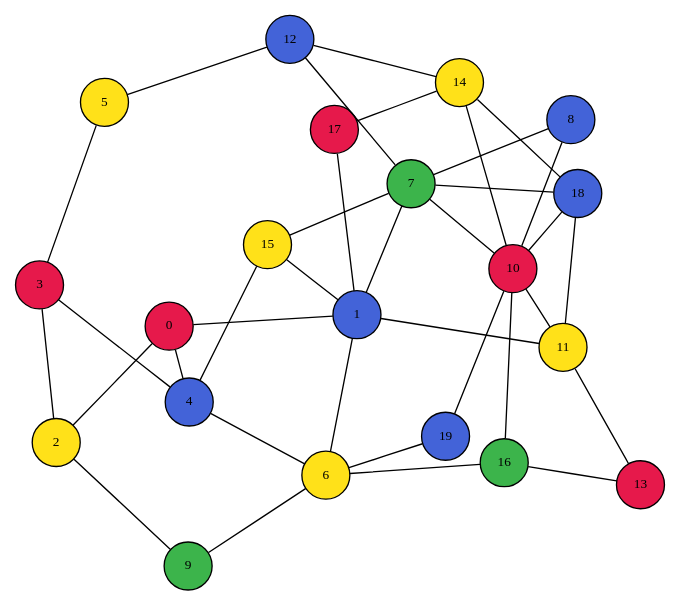
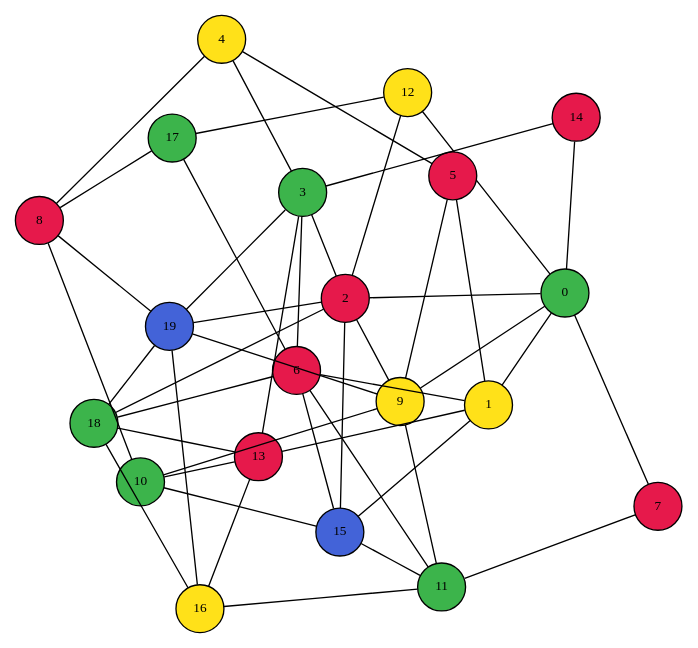
Before and after one commit to ZubMaksym/pa_lab_2: the diagram in graph.dot, drawn with Graphviz. The commit also changed 1 other file, not shown here.

```diff
--- a/graph.dot
+++ b/graph.dot
@@ -1,60 +1,70 @@
 graph G {
   layout=neato;
   overlap=false;
   node [shape=circle style=filled fontsize=10];
-  0 [label="0", fillcolor="#e6194b"];
-  1 [label="1", fillcolor="#4363d8"];
-  2 [label="2", fillcolor="#ffe119"];
-  3 [label="3", fillcolor="#e6194b"];
-  4 [label="4", fillcolor="#4363d8"];
-  5 [label="5", fillcolor="#ffe119"];
-  6 [label="6", fillcolor="#ffe119"];
-  7 [label="7", fillcolor="#3cb44b"];
-  8 [label="8", fillcolor="#4363d8"];
-  9 [label="9", fillcolor="#3cb44b"];
-  10 [label="10", fillcolor="#e6194b"];
-  11 [label="11", fillcolor="#ffe119"];
-  12 [label="12", fillcolor="#4363d8"];
+  0 [label="0", fillcolor="#3cb44b"];
+  1 [label="1", fillcolor="#ffe119"];
+  2 [label="2", fillcolor="#e6194b"];
+  3 [label="3", fillcolor="#3cb44b"];
+  4 [label="4", fillcolor="#ffe119"];
+  5 [label="5", fillcolor="#e6194b"];
+  6 [label="6", fillcolor="#e6194b"];
+  7 [label="7", fillcolor="#e6194b"];
+  8 [label="8", fillcolor="#e6194b"];
+  9 [label="9", fillcolor="#ffe119"];
+  10 [label="10", fillcolor="#3cb44b"];
+  11 [label="11", fillcolor="#3cb44b"];
+  12 [label="12", fillcolor="#ffe119"];
   13 [label="13", fillcolor="#e6194b"];
-  14 [label="14", fillcolor="#ffe119"];
-  15 [label="15", fillcolor="#ffe119"];
-  16 [label="16", fillcolor="#3cb44b"];
-  17 [label="17", fillcolor="#e6194b"];
-  18 [label="18", fillcolor="#4363d8"];
+  14 [label="14", fillcolor="#e6194b"];
+  15 [label="15", fillcolor="#4363d8"];
+  16 [label="16", fillcolor="#ffe119"];
+  17 [label="17", fillcolor="#3cb44b"];
+  18 [label="18", fillcolor="#3cb44b"];
   19 [label="19", fillcolor="#4363d8"];
   0 -- 1;
   0 -- 2;
-  0 -- 4;
+  0 -- 7;
+  0 -- 12;
+  0 -- 14;
+  0 -- 9;
   1 -- 6;
-  1 -- 7;
-  1 -- 11;
+  1 -- 5;
+  1 -- 13;
   1 -- 15;
-  1 -- 17;
   2 -- 3;
   2 -- 9;
+  2 -- 19;
+  2 -- 12;
+  2 -- 15;
+  2 -- 18;
   3 -- 4;
-  3 -- 5;
-  4 -- 6;
-  4 -- 15;
-  5 -- 12;
-  6 -- 9;
-  6 -- 19;
-  6 -- 16;
-  7 -- 8;
-  7 -- 12;
-  7 -- 10;
-  7 -- 15;
-  7 -- 18;
+  3 -- 13;
+  3 -- 6;
+  3 -- 14;
+  3 -- 19;
+  4 -- 5;
+  4 -- 8;
+  5 -- 9;
+  6 -- 11;
+  6 -- 15;
+  6 -- 18;
+  6 -- 17;
+  7 -- 11;
   8 -- 10;
-  10 -- 14;
-  10 -- 16;
-  10 -- 11;
-  10 -- 18;
-  10 -- 19;
-  11 -- 13;
-  11 -- 18;
-  12 -- 14;
+  8 -- 17;
+  8 -- 19;
+  9 -- 10;
+  9 -- 11;
+  9 -- 19;
+  10 -- 13;
+  10 -- 15;
+  11 -- 16;
+  11 -- 15;
+  12 -- 17;
   13 -- 16;
-  14 -- 17;
-  14 -- 18;
+  13 -- 18;
+  16 -- 18;
+  16 -- 19;
+  18 -- 19;
 }
```
